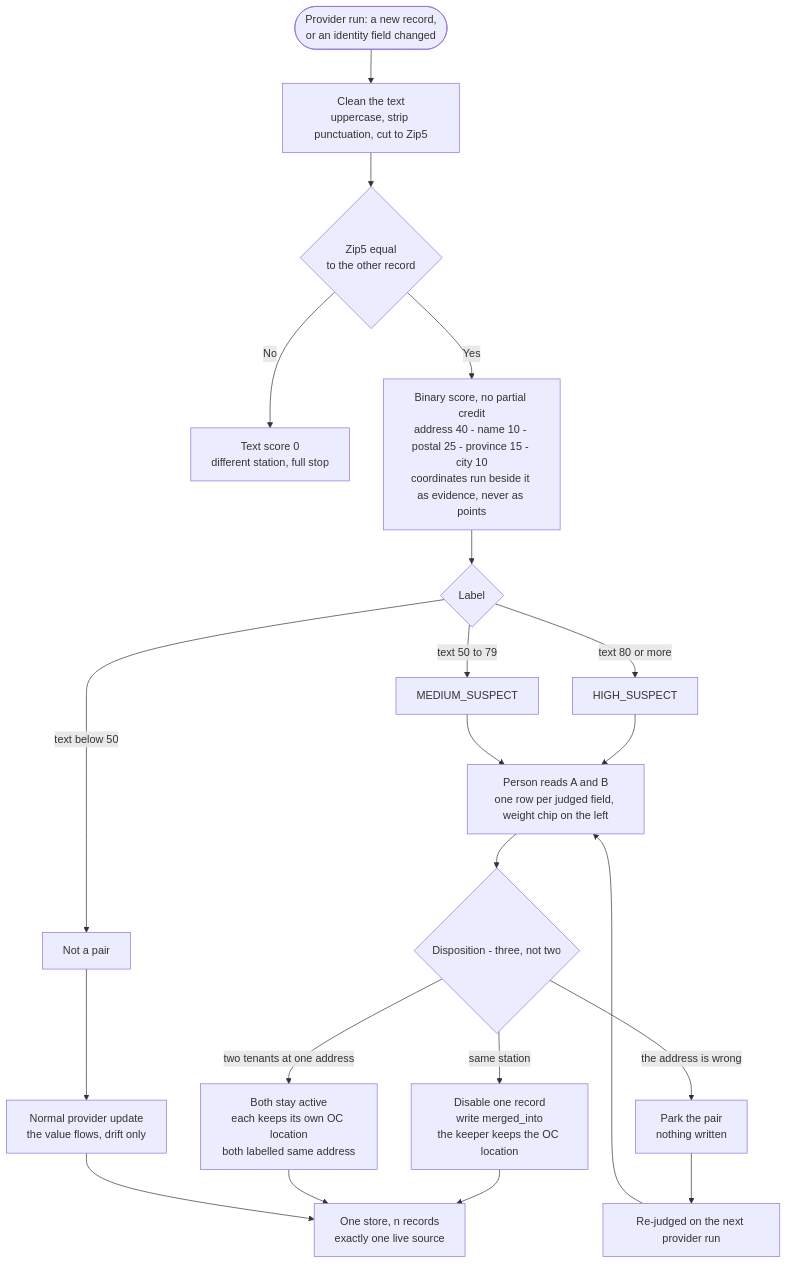
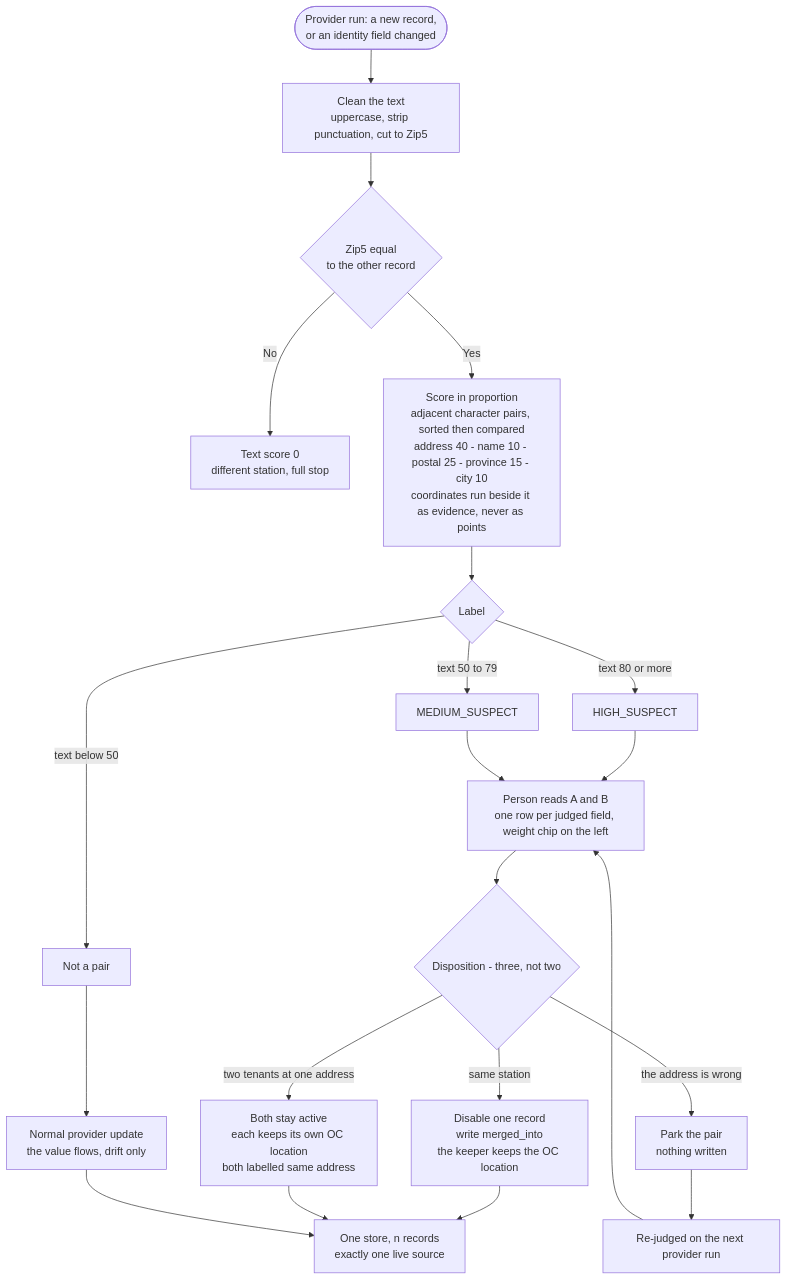
One commit to Jama-dev520/location-prototype changed the diagram in diagrams/flow4-duplicate.mmd. Above: the diagram before and after it, drawn with Mermaid. The commit also changed 12 other files, not shown here.

First line of the commit message:
v4.2.0: station score counts shared adjacent pairs

```diff
--- a/diagrams/flow4-duplicate.mmd
+++ b/diagrams/flow4-duplicate.mmd
@@ -1,21 +1,21 @@
 flowchart TD
     A([Provider run: a new record,<br/>or an identity field changed]) --> B[Clean the text<br/>uppercase, strip punctuation, cut to Zip5]
     B --> C{Zip5 equal<br/>to the other record}
     C -->|No| NO[Text score 0<br/>different station, full stop]
-    C -->|Yes| D[Binary score, no partial credit<br/>address 40 - name 10 - postal 25 - province 15 - city 10<br/>coordinates run beside it as evidence, never as points]
+    C -->|Yes| D[Score in proportion<br/>adjacent character pairs, sorted then compared<br/>address 40 - name 10 - postal 25 - province 15 - city 10<br/>coordinates run beside it as evidence, never as points]
     D --> F{Label}
     F -->|text 80 or more| HIGH[HIGH_SUSPECT]
     F -->|text 50 to 79| MED[MEDIUM_SUSPECT]
     F -->|text below 50| NONE[Not a pair]
     HIGH --> G[Person reads A and B<br/>one row per judged field, weight chip on the left]
     MED --> G
     G --> H{Disposition - three, not two}
     H -->|same station| M[Disable one record<br/>write merged_into<br/>the keeper keeps the OC location]
     H -->|two tenants at one address| T[Both stay active<br/>each keeps its own OC location<br/>both labelled same address]
     H -->|the address is wrong| X[Park the pair<br/>nothing written]
     M --> V[One store, n records<br/>exactly one live source]
     T --> V
     X --> RE[Re-judged on the next provider run]
     RE --> G
     NONE --> U[Normal provider update<br/>the value flows, drift only]
     U --> V
```
